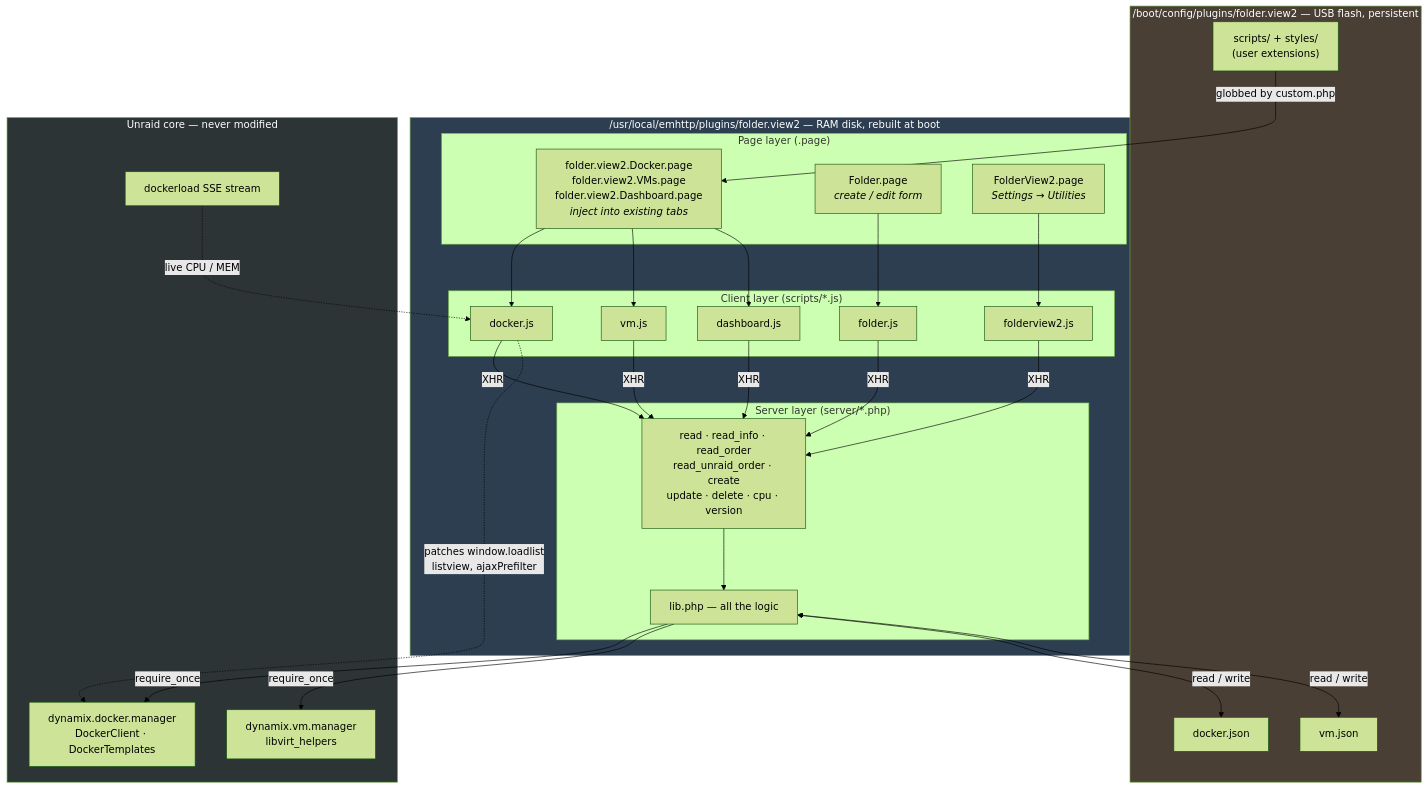
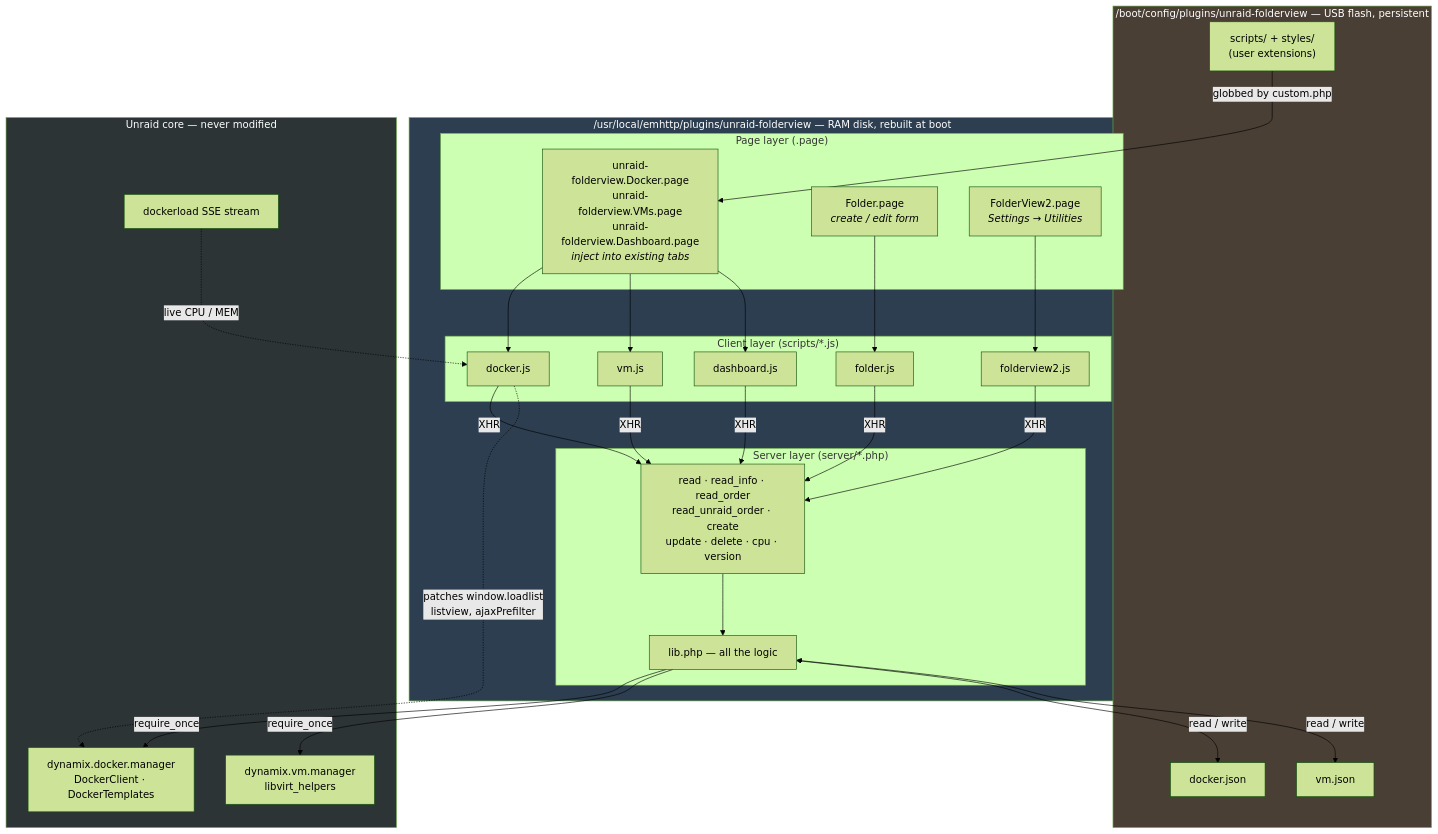
The first of 6 diagrams in ARCHITECTURE.md (FugginOld/unraid-folderview), drawn with Mermaid (forest theme) before and after one commit. The commit also changed other lines of this file and 82 other files, not shown here.

First line of the commit message:
Rename plugin from folder.view2 to unraid-folderview

````diff
--- a/ARCHITECTURE.md
+++ b/ARCHITECTURE.md
@@ -37,49 +37,49 @@
 ```mermaid
 graph TB
-    subgraph flash["/boot/config/plugins/folder.view2 — USB flash, persistent"]
+    subgraph flash["/boot/config/plugins/unraid-folderview — USB flash, persistent"]
         DJ["docker.json"]
         VJ["vm.json"]
         US["scripts/ + styles/<br/>(user extensions)"]
     end
 
-    subgraph ram["/usr/local/emhttp/plugins/folder.view2 — RAM disk, rebuilt at boot"]
+    subgraph ram["/usr/local/emhttp/plugins/unraid-folderview — RAM disk, rebuilt at boot"]
         subgraph pages["Page layer (.page)"]
-            P1["folder.view2.Docker.page<br/>folder.view2.VMs.page<br/>folder.view2.Dashboard.page<br/><i>inject into existing tabs</i>"]
+            P1["unraid-folderview.Docker.page<br/>unraid-folderview.VMs.page<br/>unraid-folderview.Dashboard.page<br/><i>inject into existing tabs</i>"]
             P2["Folder.page<br/><i>create / edit form</i>"]
             P3["FolderView2.page<br/><i>Settings → Utilities</i>"]
         end
         subgraph srv["Server layer (server/*.php)"]
             EP["read · read_info · read_order<br/>read_unraid_order · create<br/>update · delete · cpu · version"]
             LIB["lib.php — all the logic"]
         end
         subgraph cli["Client layer (scripts/*.js)"]
             D["docker.js"]
             V["vm.js"]
             DB["dashboard.js"]
             F["folder.js"]
             FV["folderview2.js"]
         end
     end
 
     subgraph unraid["Unraid core — never modified"]
         DM["dynamix.docker.manager<br/>DockerClient · DockerTemplates"]
         VM["dynamix.vm.manager<br/>libvirt_helpers"]
         SSE["dockerload SSE stream"]
     end
 
     P1 --> D & V & DB
     P2 --> F
     P3 --> FV
     D & V & DB & F & FV -->|"XHR"| EP
     EP --> LIB
     LIB -->|"require_once"| DM & VM
     LIB <-->|"read / write"| DJ
     LIB <-->|"read / write"| VJ
     US -->|"globbed by custom.php"| P1
     D -.->|"patches window.loadlist<br/>listview, ajaxPrefilter"| DM
     SSE -.->|"live CPU / MEM"| D
 
     style unraid fill:#2d3436,color:#fff
     style flash fill:#4a3f35,color:#fff
     style ram fill:#2c3e50,color:#fff
 ```
````
